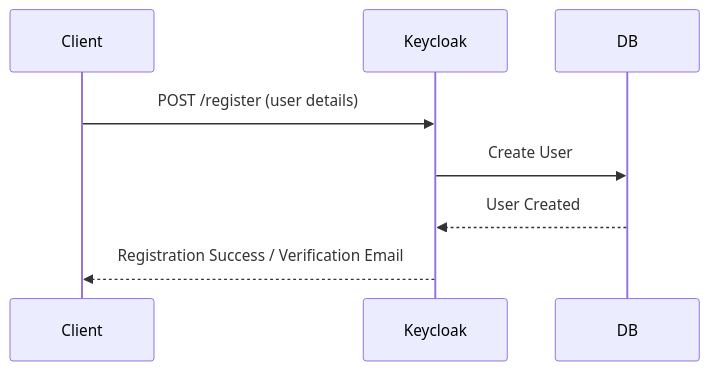
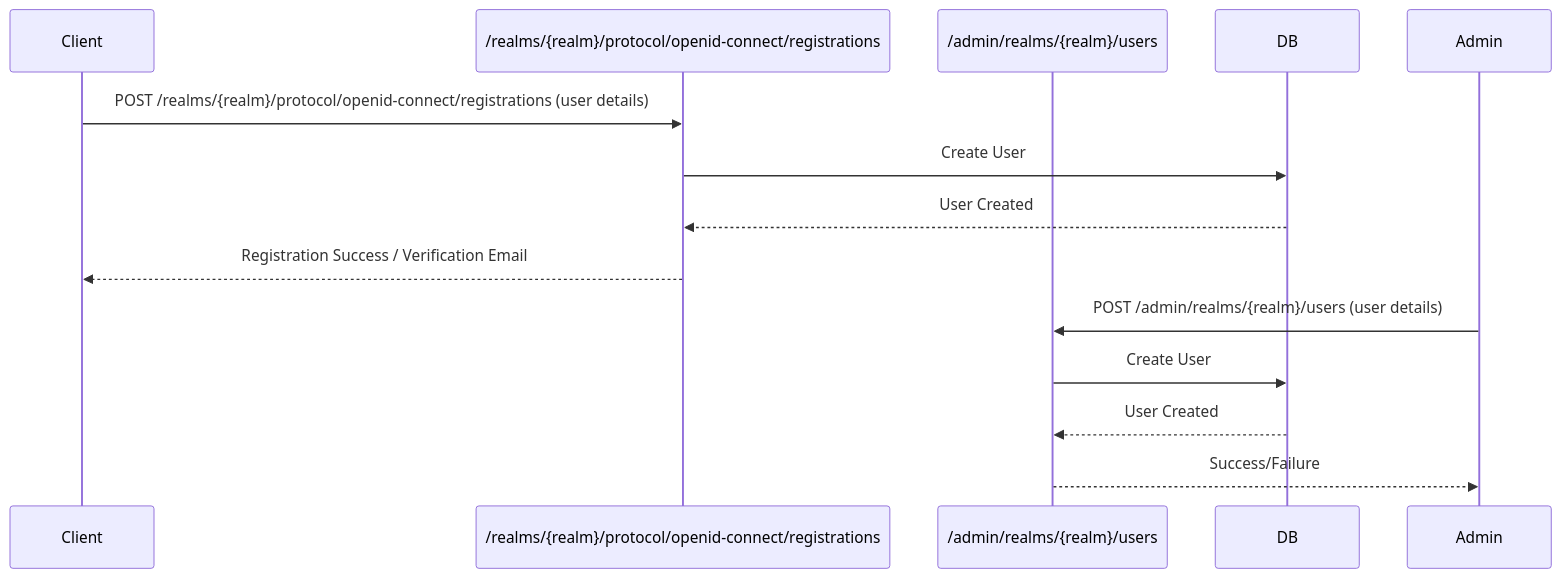
The sixth of 11 diagrams in iam-system/docs/DESIGN.md (gitmujoshi/cms), drawn with Mermaid before and after one commit. The commit also changed other lines of this file, not shown here.

````diff
--- a/iam-system/docs/DESIGN.md
+++ b/iam-system/docs/DESIGN.md
@@ -195,11 +200,19 @@
 ```mermaid
 sequenceDiagram
     participant Client
-    participant Keycloak
+    participant RegistrationEndpoint as /realms/{realm}/protocol/openid-connect/registrations
+    participant AdminEndpoint as /admin/realms/{realm}/users
     participant DB
 
-    Client->>Keycloak: POST /register (user details)
-    Keycloak->>DB: Create User
-    DB-->>Keycloak: User Created
-    Keycloak-->>Client: Registration Success / Verification Email
+    %% Self-service registration
+    Client->>RegistrationEndpoint: POST /realms/{realm}/protocol/openid-connect/registrations (user details)
+    RegistrationEndpoint->>DB: Create User
+    DB-->>RegistrationEndpoint: User Created
+    RegistrationEndpoint-->>Client: Registration Success / Verification Email
+
+    %% Admin-driven registration
+    Admin->>AdminEndpoint: POST /admin/realms/{realm}/users (user details)
+    AdminEndpoint->>DB: Create User
+    DB-->>AdminEndpoint: User Created
+    AdminEndpoint-->>Admin: Success/Failure
 ```
````
